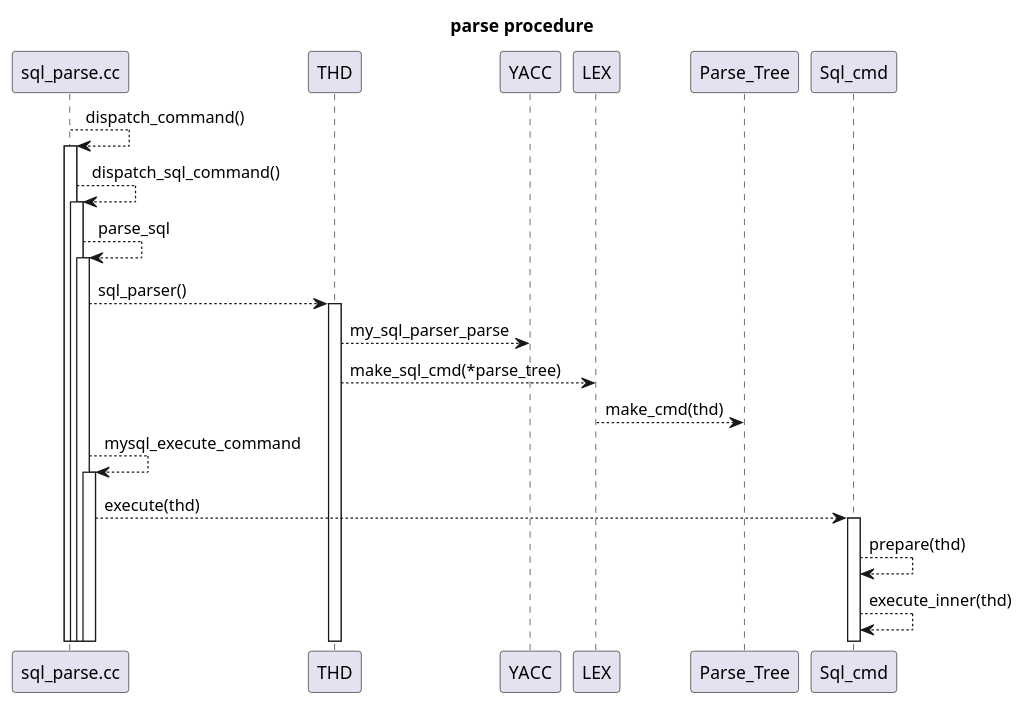
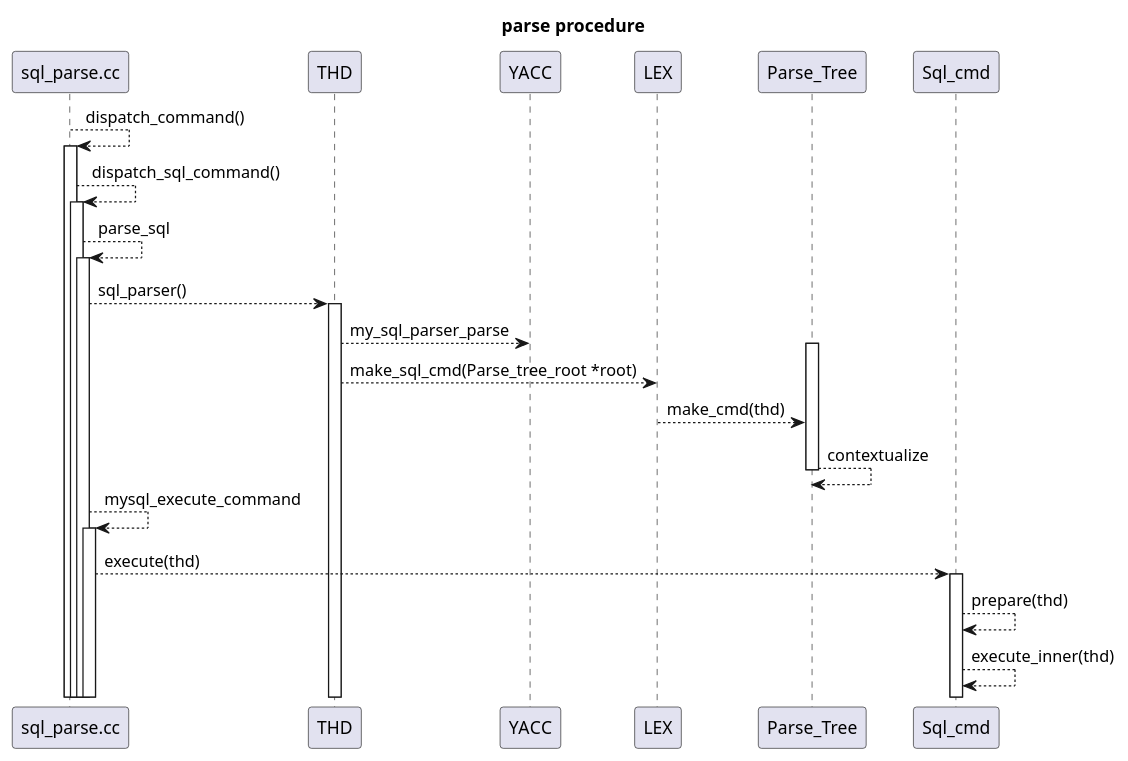
Before and after one commit to kevinwang930/kevinwang930.github.io: the third of 13 diagrams in content/post/data/db/mysql/query/index.md, drawn with PlantUML. The commit also changed other lines of this file and 3 other files, not shown here.

````diff
--- a/content/post/data/db/mysql/query/index.md
+++ b/content/post/data/db/mysql/query/index.md
@@ -201,23 +217,30 @@
 ```plantuml
 title parse procedure
 
 participant "sql_parse.cc" as SP
+participant THD
+participant YACC
+participant LEX
+participant Parse_Tree
 
 SP --> SP : dispatch_command()
 activate SP
 SP --> SP :dispatch_sql_command()
 activate SP
 SP --> SP: parse_sql
 activate SP
 SP --> THD : sql_parser()
 activate THD
 THD--> YACC :my_sql_parser_parse
-THD --> LEX : make_sql_cmd(*parse_tree)
+activate Parse_Tree
+THD --> LEX : make_sql_cmd(Parse_tree_root *root)
 LEX --> Parse_Tree: make_cmd(thd) 
+Parse_Tree --> Parse_Tree:contextualize
+deactivate Parse_Tree
 SP --> SP: mysql_execute_command
 activate SP
 SP --> Sql_cmd: execute(thd)
 activate Sql_cmd
 Sql_cmd --> Sql_cmd: prepare(thd)
 Sql_cmd --> Sql_cmd: execute_inner(thd)
 ```
````
